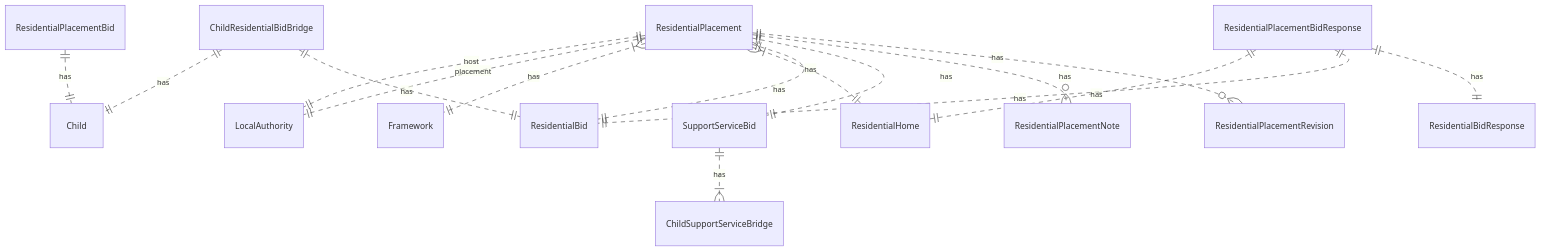
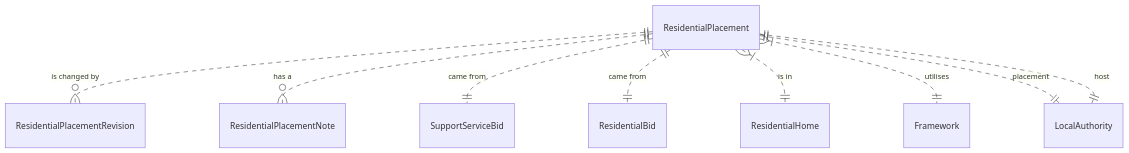
Before and after one commit to placementdatacollaboration/cpp_data_model: the third of 8 diagrams in README.md, drawn with Mermaid. The commit also changed other lines of this file, not shown here.

Commit message:
Updated relationships, and connective language in diagrams

````diff
--- a/README.md
+++ b/README.md
@@ -22,18 +33,11 @@
 ```mermaid
 erDiagram
-    SupportServiceBid ||..|{ ChildSupportServiceBridge : has
-    ChildResidentialBidBridge ||..|| ResidentialBid : has
-    ChildResidentialBidBridge ||..|| Child : has
-    ResidentialPlacement ||..o{ ResidentialPlacementRevision : has 
-    ResidentialPlacement ||..o{ ResidentialPlacementNote : has
-    ResidentialPlacement ||..|| SupportServiceBid : has
-    ResidentialPlacement ||..|| ResidentialBid : has
-    ResidentialPlacement }|..|| ResidentialHome : has
-    ResidentialPlacement }|..|| Framework : has
-    ResidentialPlacement ||..|| LocalAuthority : placement
-    ResidentialPlacement ||..|| LocalAuthority : host 
-    ResidentialPlacementBidResponse ||..|| ResidentialBidResponse : has
-    ResidentialPlacementBidResponse ||..|| ResidentialBid : has
-    ResidentialPlacementBidResponse ||..|| ResidentialHome : has
-    ResidentialPlacementBid ||..|| Child : has
+    ResidentialPlacement ||..o{ ResidentialPlacementRevision : "is changed by" 
+    ResidentialPlacement ||..o{ ResidentialPlacementNote : "has a"
+    ResidentialPlacement ||..|| SupportServiceBid : "came from"
+    ResidentialPlacement ||..|| ResidentialBid : "came from"
+    ResidentialPlacement }|..|| ResidentialHome : "is in"
+    ResidentialPlacement }|..|| Framework : "utilises"
+    ResidentialPlacement ||..|| LocalAuthority : "placement"
+    ResidentialPlacement ||..|| LocalAuthority : "host"
 ```
````
